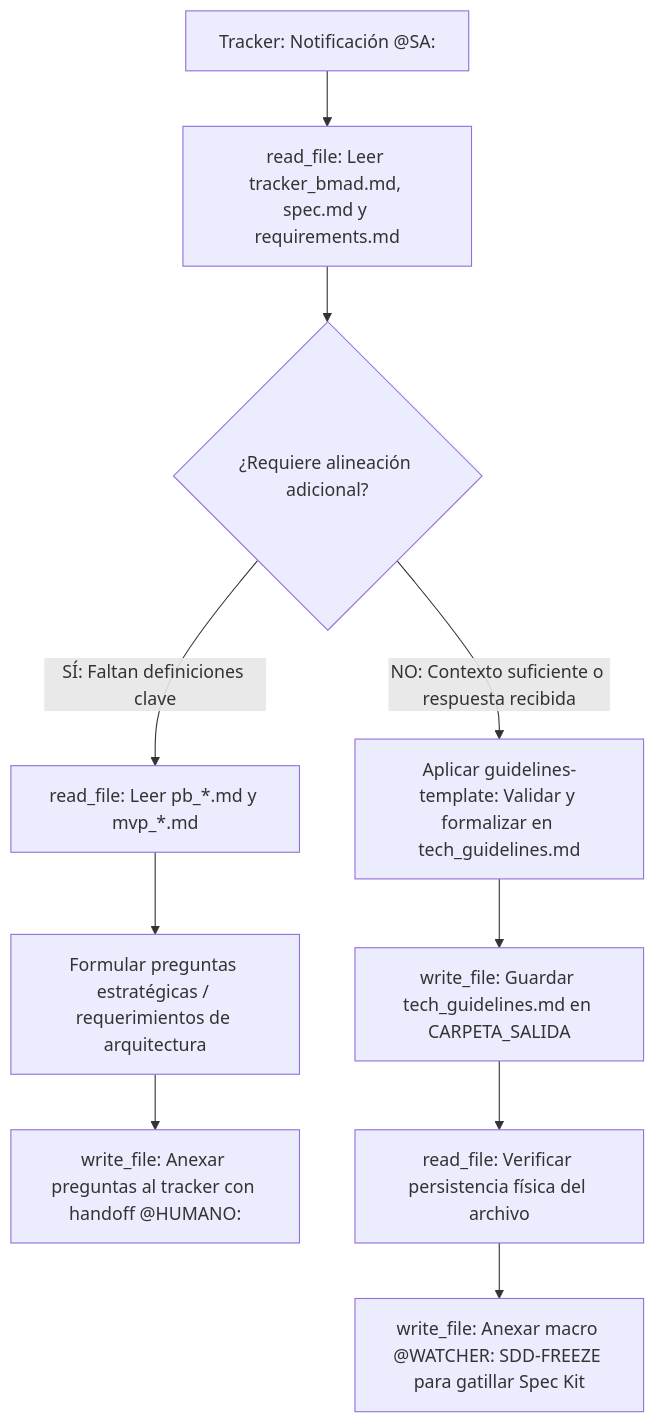
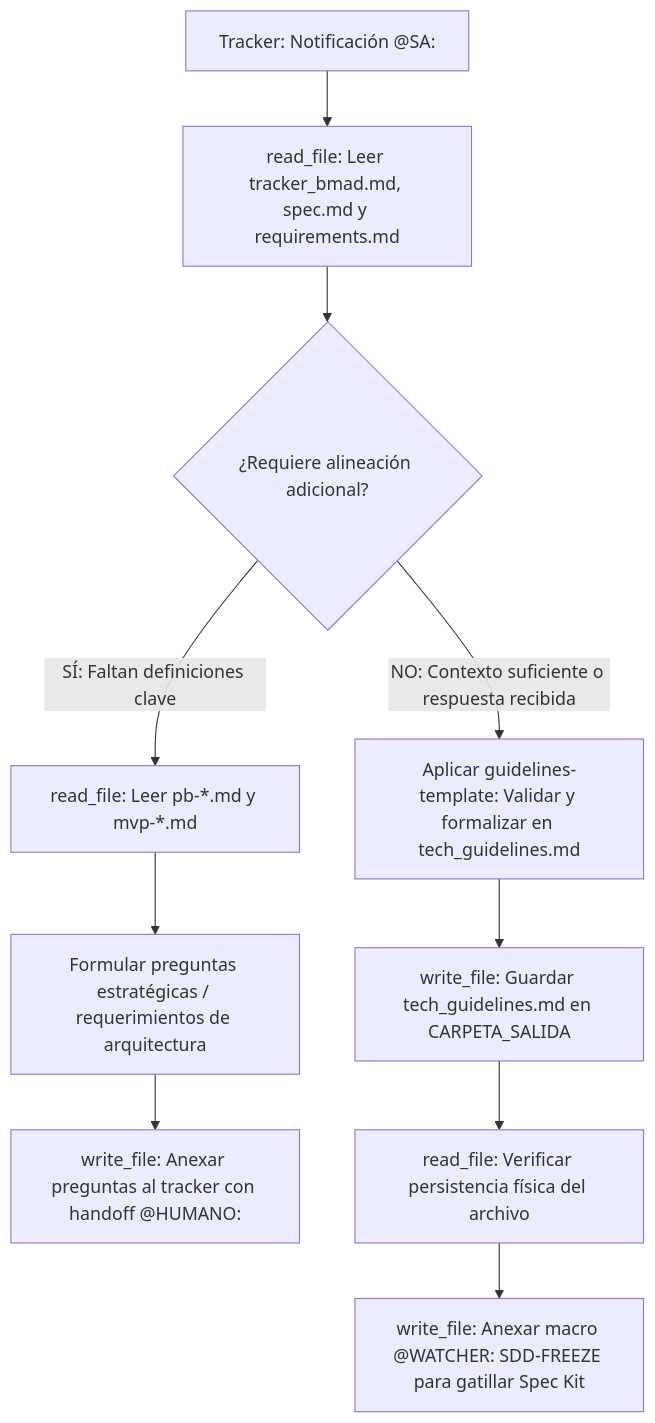
Before and after one commit to pauloravicaceres/template-bmad: the diagram in solutions-architect/AGENTS.md, drawn with Mermaid. The commit also changed other lines of this file and 40 other files, not shown here.

````diff
--- a/solutions-architect/AGENTS.md
+++ b/solutions-architect/AGENTS.md
@@ -79,14 +79,14 @@
 ```mermaid
 flowchart TD
     A["Tracker: Notificación @SA:"] --> B["read_file: Leer tracker_bmad.md, spec.md y requirements.md"]
     B --> C{"¿Requiere alineación adicional?"}
     
-    C -->|SÍ: Faltan definiciones clave| D["read_file: Leer pb_*.md y mvp_*.md"]
+    C -->|SÍ: Faltan definiciones clave| D["read_file: Leer pb-*.md y mvp-*.md"]
     D --> E["Formular preguntas estratégicas / requerimientos de arquitectura"]
     E --> F["write_file: Anexar preguntas al tracker con handoff @HUMANO:"]
     
     C -->|NO: Contexto suficiente o respuesta recibida| G["Aplicar guidelines-template: Validar y formalizar en tech_guidelines.md"]
     G --> H["write_file: Guardar tech_guidelines.md en CARPETA_SALIDA"]
     H --> I["read_file: Verificar persistencia física del archivo"]
     I --> J["write_file: Anexar macro @WATCHER: SDD-FREEZE para gatillar Spec Kit"]
 ```
````
